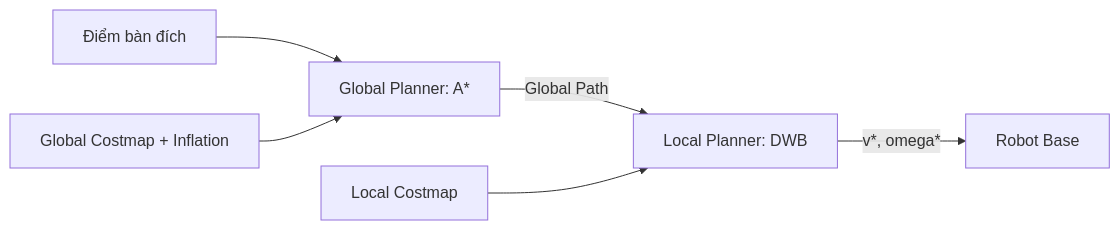
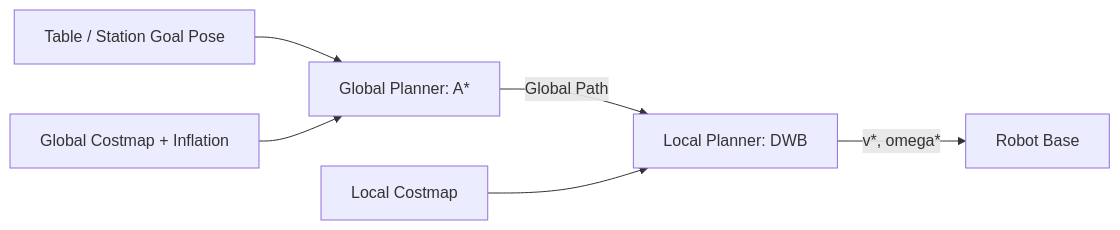
The fourth of 5 diagrams in docs/AMR_CONTROL_SYSTEM_DESIGN.md (dquang05/capstone_ros2), drawn with Mermaid before and after one commit. The commit also changed other lines of this file and 18 other files, not shown here.

````diff
--- a/docs/AMR_CONTROL_SYSTEM_DESIGN.md
+++ b/docs/AMR_CONTROL_SYSTEM_DESIGN.md
@@ -135,8 +135,8 @@
 ```mermaid
 graph LR
-    Goal[Điểm bàn đích] --> GlobalAStar[Global Planner: A*]
-    GlobalCostmap[Global Costmap + Inflation] --> GlobalAStar
-    GlobalAStar -->|Global Path| DWBController[Local Planner: DWB]
-    LocalCostmap[Local Costmap] --> DWBController
-    DWBController -->|v*, omega*| RobotBase[Robot Base]
+    Goal["Table / Station Goal Pose"] --> GlobalAStar["Global Planner: A*"]
+    GlobalCostmap["Global Costmap + Inflation"] --> GlobalAStar
+    GlobalAStar -->|Global Path| DWBController["Local Planner: DWB"]
+    LocalCostmap["Local Costmap"] --> DWBController
+    DWBController -->|v*, omega*| RobotBase["Robot Base"]
 ```
````
